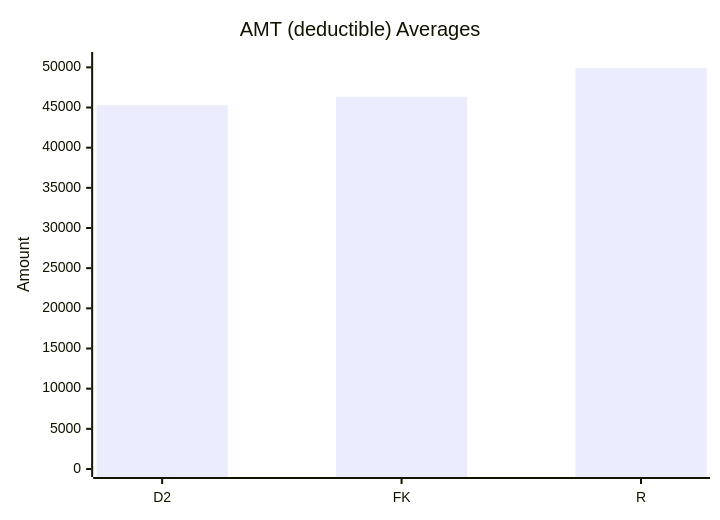
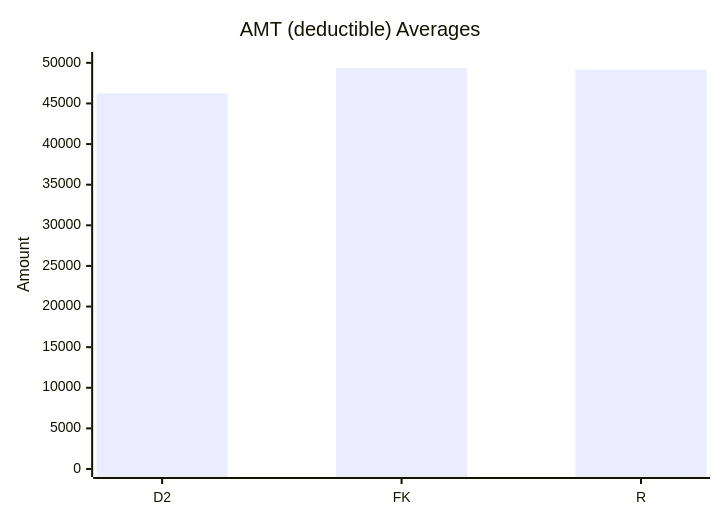
The ninth of 10 diagrams in test-tools/DataGen/src/Statistics_Visualizer.md (dhagan-va/intern-2025), drawn with Mermaid before and after one commit. The commit also changed other lines of this file and 2 other files, not shown here.

````diff
--- a/test-tools/DataGen/src/Statistics_Visualizer.md
+++ b/test-tools/DataGen/src/Statistics_Visualizer.md
@@ -96,7 +96,7 @@
 ```mermaid
 xychart-beta
     title "AMT (deductible) Averages"
     x-axis ["D2", "FK", "R"]
-    y-axis "Amount" 0 --> 50913.71696517412
-    bar [45282.026666666694, 46349.341691542286, 49913.71696517412]
+    y-axis "Amount" 0 --> 50350.22080000001
+    bar [46243.449333333345, 49350.22080000001, 49166.688966666676]
 ```
````
